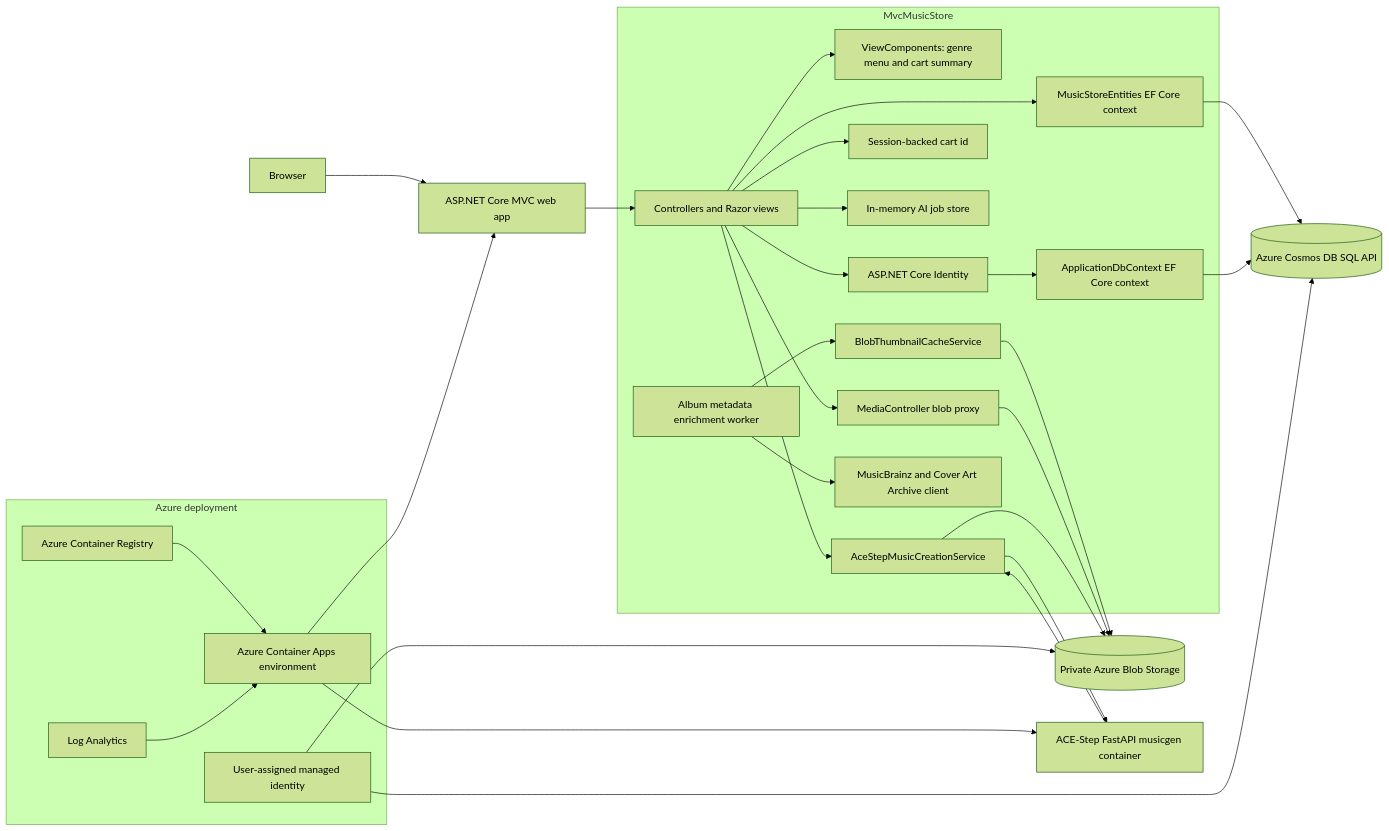
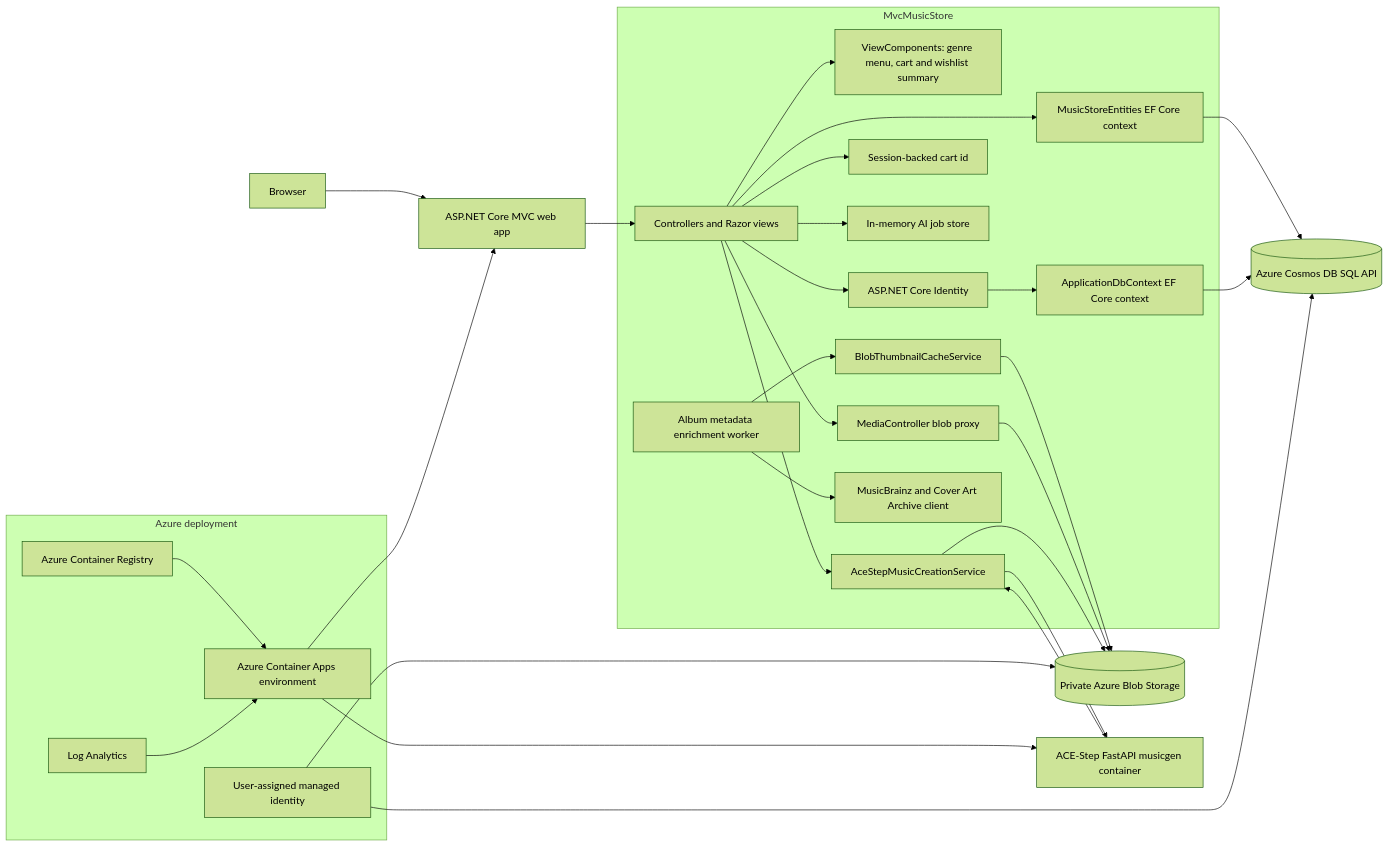
Before and after one commit to pakbaz/MusicStore: the diagram in README.md, drawn with Mermaid (forest theme). The commit also changed other lines of this file and 22 other files, not shown here.

````diff
--- a/README.md
+++ b/README.md
@@ -25,53 +25,53 @@
 ```mermaid
 flowchart LR
     Browser[Browser] --> Web[ASP.NET Core MVC web app]
 
     subgraph WebApp[MvcMusicStore]
         Controllers[Controllers and Razor views]
-        Components[ViewComponents: genre menu and cart summary]
+        Components[ViewComponents: genre menu, cart and wishlist summary]
         Identity[ASP.NET Core Identity]
         StoreDb[MusicStoreEntities EF Core context]
         IdentityDb[ApplicationDbContext EF Core context]
         Session[Session-backed cart id]
         JobStore[In-memory AI job store]
         MetadataWorker[Album metadata enrichment worker]
         MediaProxy[MediaController blob proxy]
         AiService[AceStepMusicCreationService]
         ThumbnailCache[BlobThumbnailCacheService]
         MusicBrainz[MusicBrainz and Cover Art Archive client]
     end
 
     Web --> Controllers
     Controllers --> Components
     Controllers --> StoreDb
     Controllers --> Identity
     Identity --> IdentityDb
     Controllers --> Session
     Controllers --> JobStore
     Controllers --> AiService
     Controllers --> MediaProxy
     MetadataWorker --> MusicBrainz
     MetadataWorker --> ThumbnailCache
 
     StoreDb --> Cosmos[(Azure Cosmos DB SQL API)]
     IdentityDb --> Cosmos
     ThumbnailCache --> Blob[(Private Azure Blob Storage)]
     MediaProxy --> Blob
     AiService --> MusicGen[ACE-Step FastAPI musicgen container]
     MusicGen --> AiService
     AiService --> Blob
 
     subgraph Azure[Azure deployment]
         ACA[Azure Container Apps environment]
         ACR[Azure Container Registry]
         MI[User-assigned managed identity]
         Logs[Log Analytics]
     end
 
     ACR --> ACA
     ACA --> Web
     ACA --> MusicGen
     MI --> Cosmos
     MI --> Blob
     Logs --> ACA
 ```
````
